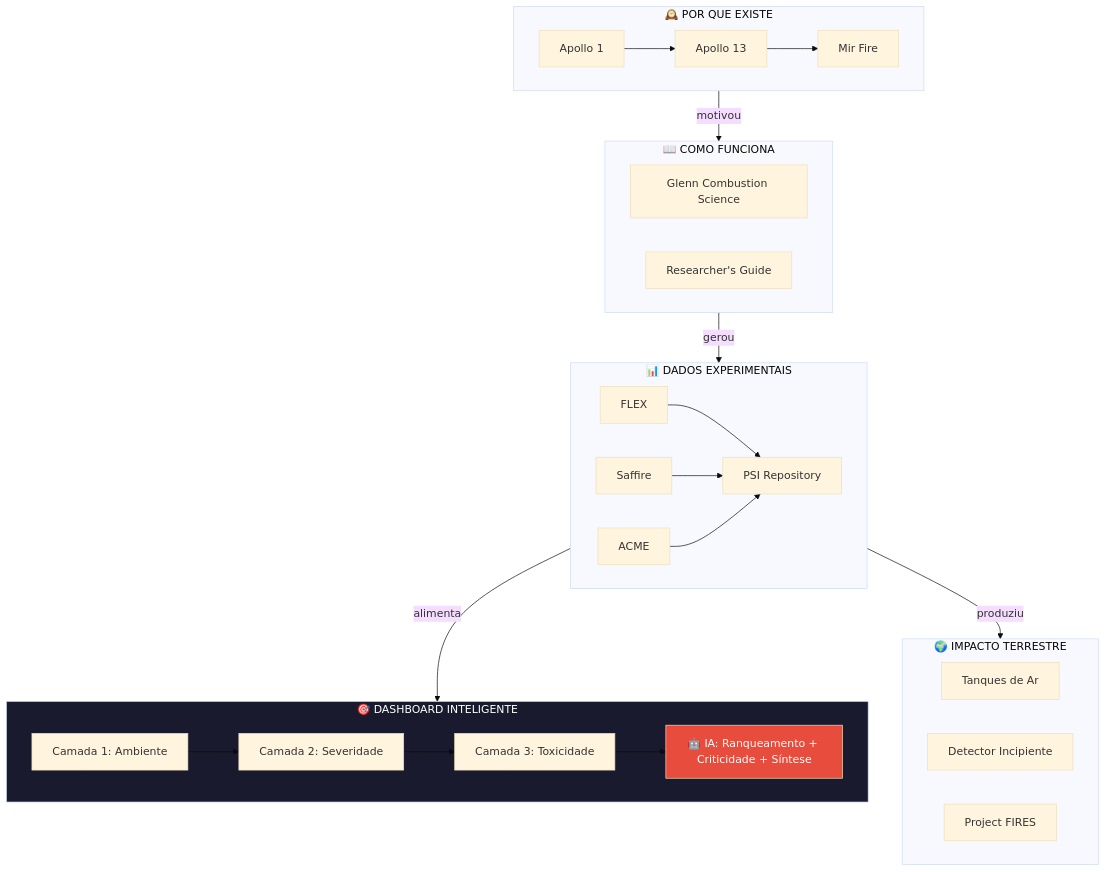
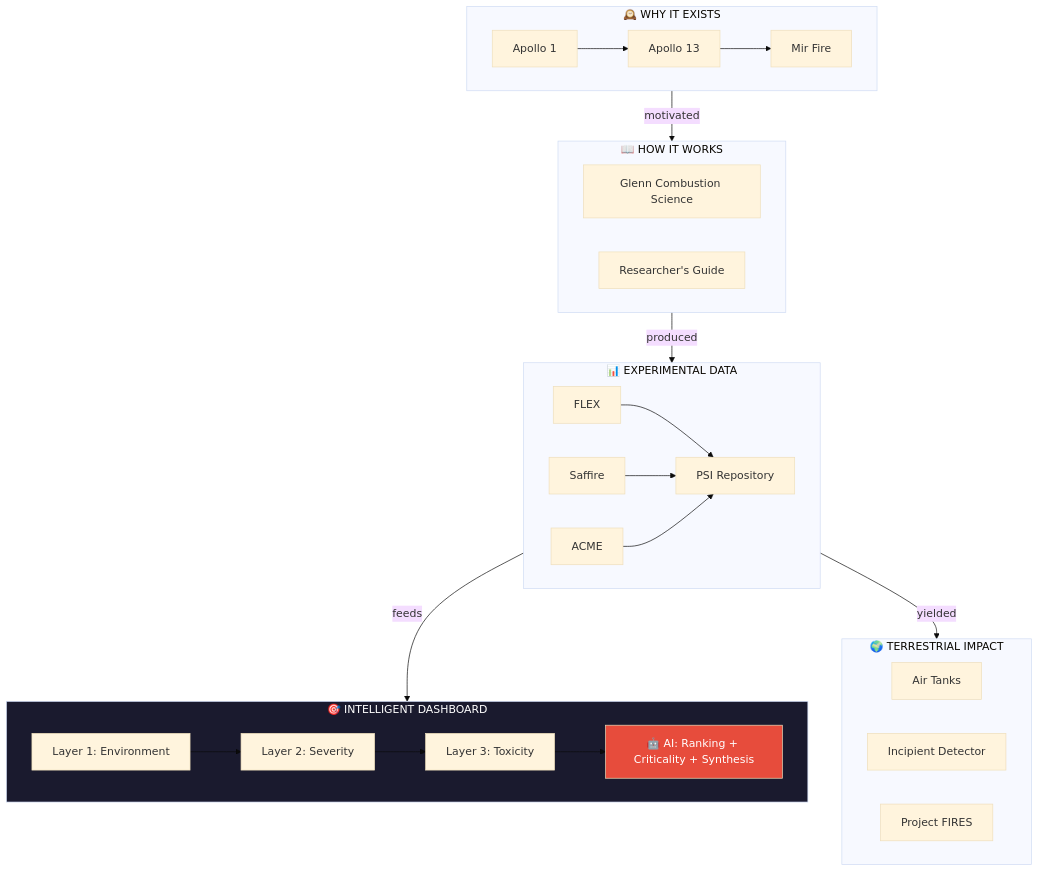
The third of 3 diagrams in docs/missao-dashboard.md (praedecis-labs/blue-ember), drawn with Mermaid (base theme) before and after one commit. The commit also changed other lines of this file and 57 other files, not shown here.

````diff
--- a/docs/missao-dashboard.md
+++ b/docs/missao-dashboard.md
@@ -120,39 +120,39 @@
 ```mermaid
 flowchart TD
-    subgraph HIST["🕰️ POR QUE EXISTE"]
+    subgraph HIST["🕰️ WHY IT EXISTS"]
         A1["Apollo 1"] --> A13["Apollo 13"] --> MIR["Mir Fire"]
     end
     
-    subgraph PROG["📖 COMO FUNCIONA"]
+    subgraph PROG["📖 HOW IT WORKS"]
         GCS["Glenn Combustion Science"]
         RG["Researcher's Guide"]
     end
     
-    subgraph DATA["📊 DADOS EXPERIMENTAIS"]
+    subgraph DATA["📊 EXPERIMENTAL DATA"]
         FLEX["FLEX"] & SAFFIRE["Saffire"] & ACME["ACME"]
         PSI["PSI Repository"]
         FLEX & SAFFIRE & ACME --> PSI
     end
     
-    subgraph IMPACT["🌍 IMPACTO TERRESTRE"]
-        SP1["Tanques de Ar"]
-        SP2["Detector Incipiente"]
+    subgraph IMPACT["🌍 TERRESTRIAL IMPACT"]
+        SP1["Air Tanks"]
+        SP2["Incipient Detector"]
         SP3["Project FIRES"]
     end
     
-    subgraph DASH["🎯 DASHBOARD INTELIGENTE"]
-        C1B["Camada 1: Ambiente"]
-        C2B["Camada 2: Severidade"]
-        C3B["Camada 3: Toxicidade"]
-        AI["🤖 IA: Ranqueamento + Criticidade + Síntese"]
+    subgraph DASH["🎯 INTELLIGENT DASHBOARD"]
+        C1B["Layer 1: Environment"]
+        C2B["Layer 2: Severity"]
+        C3B["Layer 3: Toxicity"]
+        AI["🤖 AI: Ranking + Criticality + Synthesis"]
         C1B --> C2B --> C3B --> AI
     end
     
-    HIST -->|"motivou"| PROG
-    PROG -->|"gerou"| DATA
-    DATA -->|"alimenta"| DASH
-    DATA -->|"produziu"| IMPACT
+    HIST -->|"motivated"| PROG
+    PROG -->|"produced"| DATA
+    DATA -->|"feeds"| DASH
+    DATA -->|"yielded"| IMPACT
     
     style DASH fill:#1a1a2e,color:#fff
     style AI fill:#e74c3c,color:#fff
 ```
````
